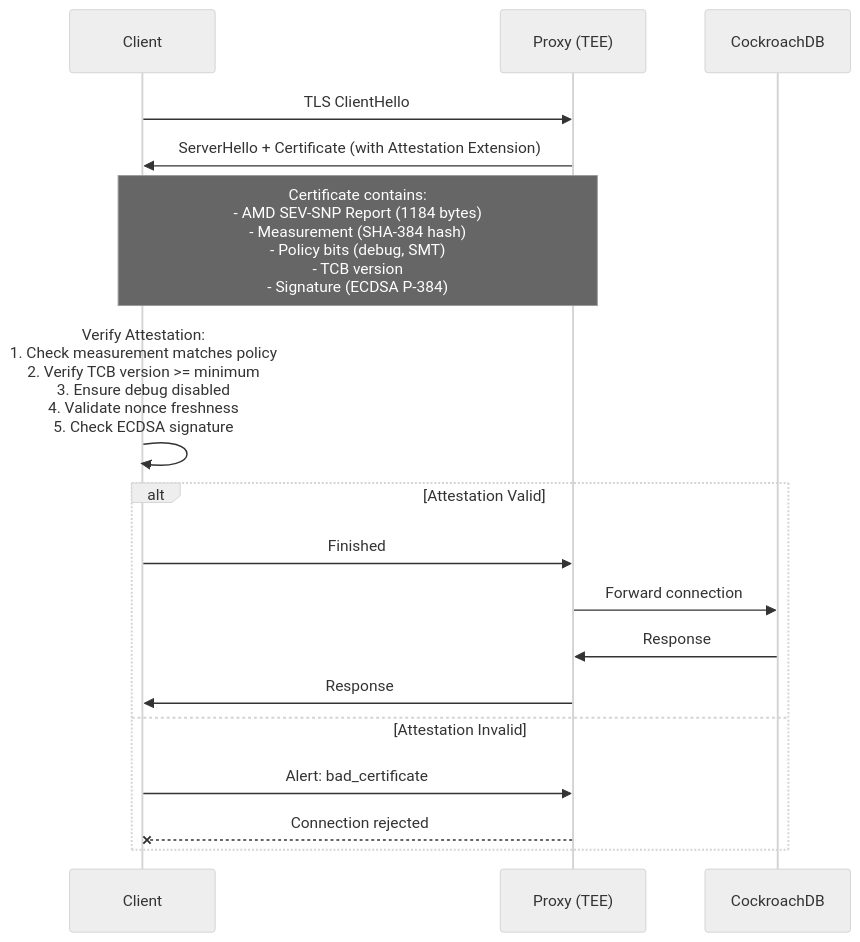
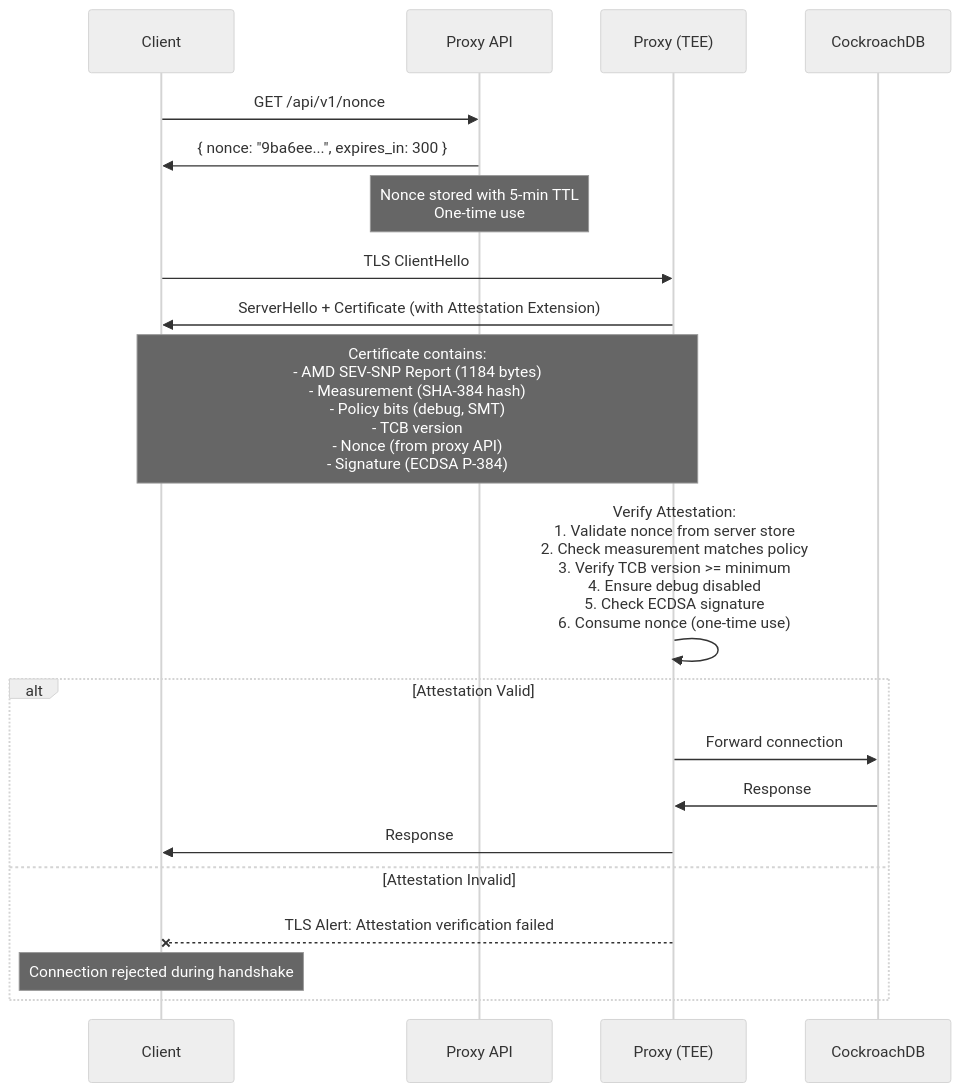
The diagram in README.md (souravcrl/attested-tls-proxy-cockroach), drawn with Mermaid (neutral theme) before and after one commit. The commit also changed other lines of this file and 10 other files, not shown here.

First line of the commit message:
Implement Phase 2.5: Server-Side Nonce Validation

````diff
--- a/README.md
+++ b/README.md
@@ -145,22 +152,26 @@
 ```mermaid
 sequenceDiagram
     participant Client
+    participant Proxy API
     participant Proxy (TEE)
     participant CockroachDB
 
+    Client->>Proxy API: GET /api/v1/nonce
+    Proxy API->>Client: { nonce: "9ba6ee...", expires_in: 300 }
+    Note over Proxy API: Nonce stored with 5-min TTL<br/>One-time use
+
     Client->>Proxy (TEE): TLS ClientHello
     Proxy (TEE)->>Client: ServerHello + Certificate (with Attestation Extension)
-    Note over Client,Proxy (TEE): Certificate contains:<br/>- AMD SEV-SNP Report (1184 bytes)<br/>- Measurement (SHA-384 hash)<br/>- Policy bits (debug, SMT)<br/>- TCB version<br/>- Signature (ECDSA P-384)
+    Note over Client,Proxy (TEE): Certificate contains:<br/>- AMD SEV-SNP Report (1184 bytes)<br/>- Measurement (SHA-384 hash)<br/>- Policy bits (debug, SMT)<br/>- TCB version<br/>- Nonce (from proxy API)<br/>- Signature (ECDSA P-384)
 
-    Client->>Client: Verify Attestation:<br/>1. Check measurement matches policy<br/>2. Verify TCB version >= minimum<br/>3. Ensure debug disabled<br/>4. Validate nonce freshness<br/>5. Check ECDSA signature
+    Proxy (TEE)->>Proxy (TEE): Verify Attestation:<br/>1. Validate nonce from server store<br/>2. Check measurement matches policy<br/>3. Verify TCB version >= minimum<br/>4. Ensure debug disabled<br/>5. Check ECDSA signature<br/>6. Consume nonce (one-time use)
 
     alt Attestation Valid
-        Client->>Proxy (TEE): Finished
         Proxy (TEE)->>CockroachDB: Forward connection
         CockroachDB->>Proxy (TEE): Response
         Proxy (TEE)->>Client: Response
     else Attestation Invalid
-        Client->>Proxy (TEE): Alert: bad_certificate
-        Proxy (TEE)--xClient: Connection rejected
+        Proxy (TEE)--xClient: TLS Alert: Attestation verification failed
+        Note over Client: Connection rejected during handshake
     end
 ```
````
